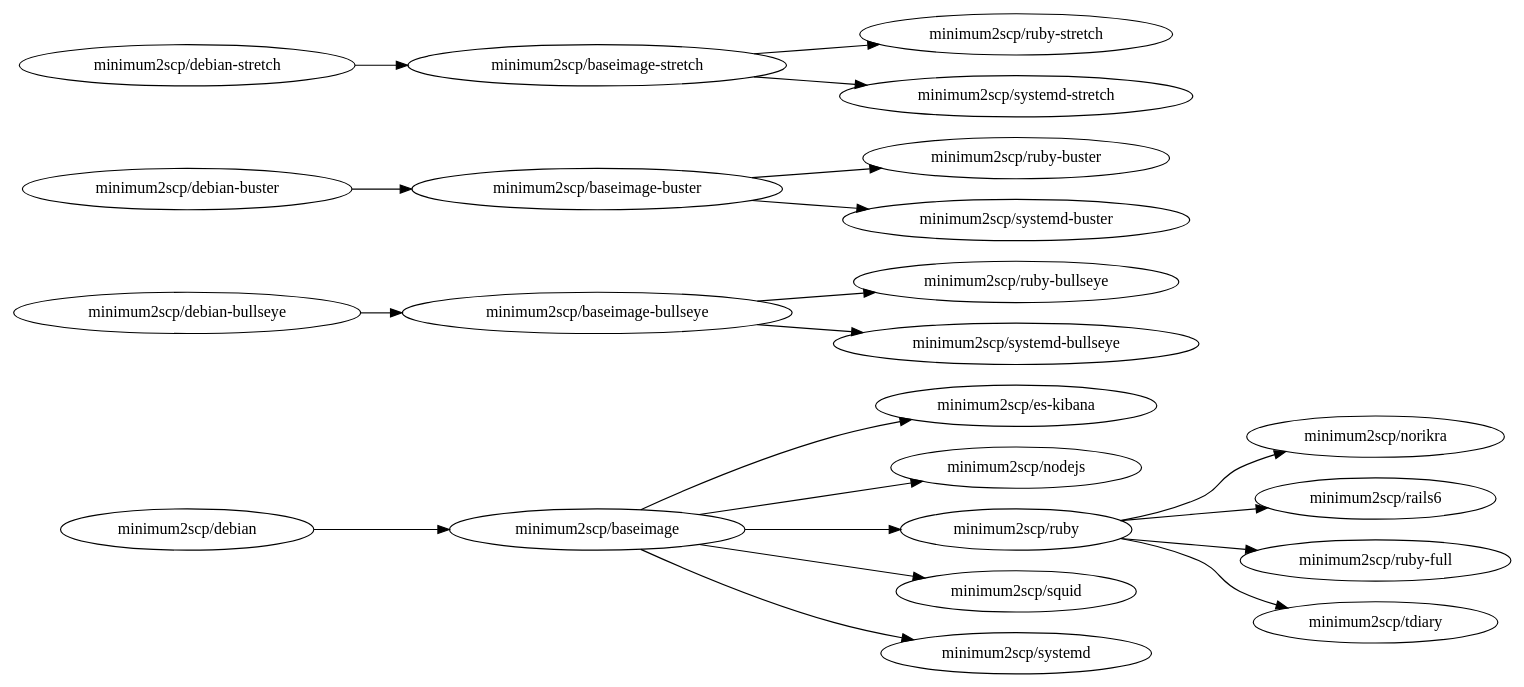
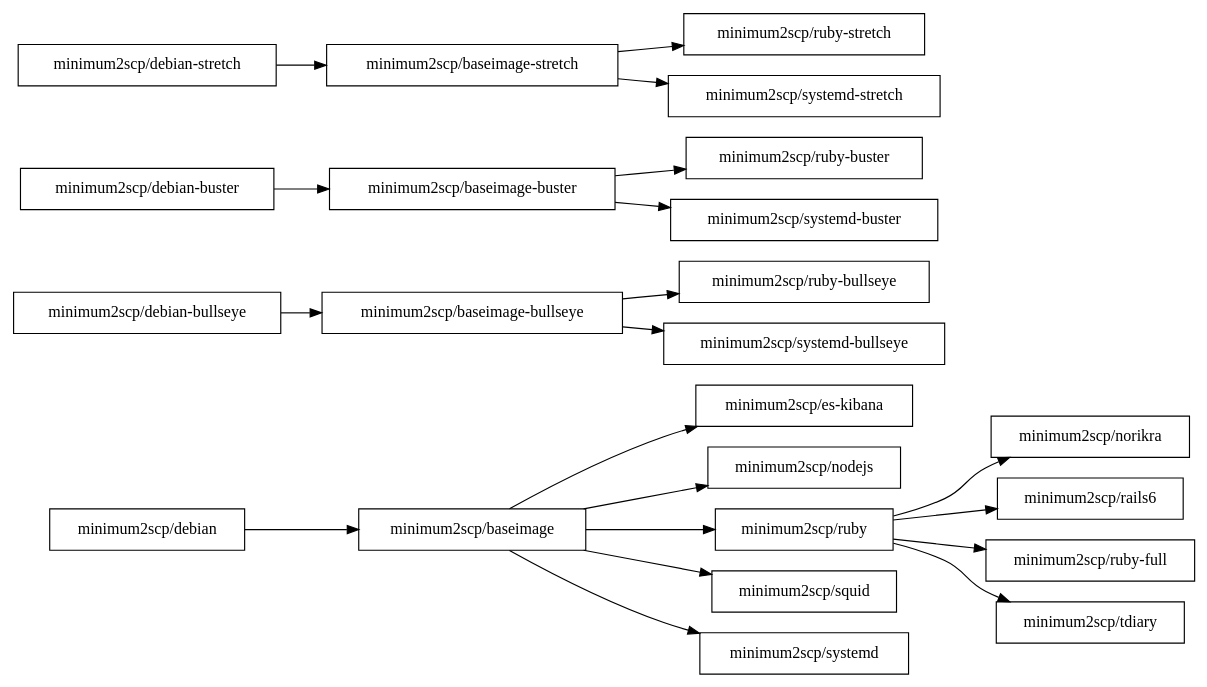
Before and after one commit to minimum2scp/dockerfiles: the diagram in deps.dot, drawn with Graphviz.

Commit message:
Tweaks for deps.dot

```diff
--- a/deps.dot
+++ b/deps.dot
@@ -1,43 +1,49 @@
 digraph deps {
-  graph        [rankdir = "LR"];
+  graph [
+    rankdir = "LR"
+  ];
+
+  node [
+    shape = "box"
+  ];
+
   ratio = auto;
-
 
   baseimage          [label = "minimum2scp/baseimage"];
   baseimage_bullseye [label = "minimum2scp/baseimage-bullseye"];
   baseimage_buster   [label = "minimum2scp/baseimage-buster"];
   baseimage_stretch  [label = "minimum2scp/baseimage-stretch"];
   debian             [label = "minimum2scp/debian"];
   debian_bullseye    [label = "minimum2scp/debian-bullseye"];
   debian_buster      [label = "minimum2scp/debian-buster"];
   debian_stretch     [label = "minimum2scp/debian-stretch"];
   es_kibana          [label = "minimum2scp/es-kibana"];
   nodejs             [label = "minimum2scp/nodejs"];
   norikra            [label = "minimum2scp/norikra"];
   rails6             [label = "minimum2scp/rails6"];
   ruby               [label = "minimum2scp/ruby"];
   ruby_bullseye      [label = "minimum2scp/ruby-bullseye"];
   ruby_buster        [label = "minimum2scp/ruby-buster"];
   ruby_full          [label = "minimum2scp/ruby-full"];
   ruby_stretch       [label = "minimum2scp/ruby-stretch"];
   squid              [label = "minimum2scp/squid"];
   systemd            [label = "minimum2scp/systemd"];
   systemd_bullseye   [label = "minimum2scp/systemd-bullseye"];
   systemd_buster     [label = "minimum2scp/systemd-buster"];
   systemd_stretch    [label = "minimum2scp/systemd-stretch"];
   tdiary             [label = "minimum2scp/tdiary"];
 
   debian    -> baseimage;
   baseimage -> {es_kibana, nodejs, ruby, squid, systemd};
   ruby      -> {norikra, rails6, ruby_full, tdiary};
 
   debian_bullseye -> baseimage_bullseye;
   baseimage_bullseye -> {ruby_bullseye, systemd_bullseye};
 
   debian_buster -> baseimage_buster;
   baseimage_buster -> {ruby_buster, systemd_buster};
 
   debian_stretch   -> baseimage_stretch;
   baseimage_stretch -> {systemd_stretch, ruby_stretch};
 
 }
```
